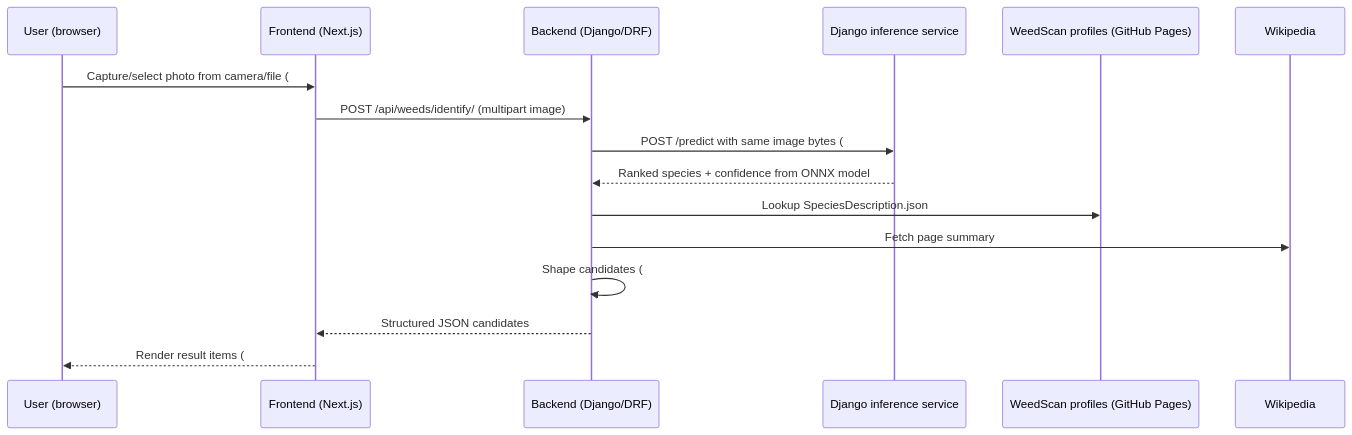
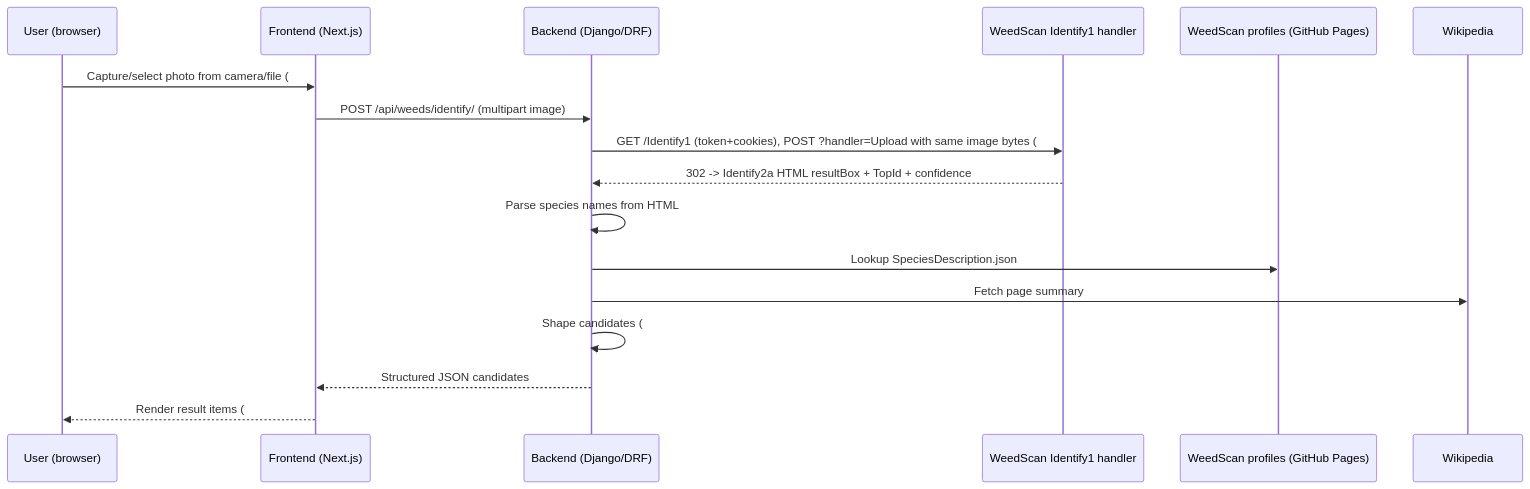
Before and after one commit to zephris/cfc_tokenmaxxing: the diagram in AGENTS.md, drawn with Mermaid. The commit also changed other lines of this file and 43 other files, not shown here.

````diff
--- a/AGENTS.md
+++ b/AGENTS.md
@@ -60,19 +54,20 @@
 ```mermaid
 sequenceDiagram
     participant U as User (browser)
     participant FE as Frontend (Next.js)
     participant BE as Backend (Django/DRF)
-    participant INF as Django inference service
+    participant WS as WeedScan Identify1 handler
     participant WP as WeedScan profiles (GitHub Pages)
     participant WK as Wikipedia
 
     U->>FE: Capture/select photo from camera/file (#8)
     FE->>BE: POST /api/weeds/identify/ (multipart image)
-    BE->>INF: POST /predict with same image bytes (#9)
-    INF-->>BE: Ranked species + confidence from ONNX model
+    BE->>WS: GET /Identify1 (token+cookies), POST ?handler=Upload with same image bytes (#9)
+    WS-->>BE: 302 -> Identify2a HTML resultBox + TopId + confidence
+    BE->>BE: Parse species names from HTML
     BE->>WP: Lookup SpeciesDescription.json
     BE->>WK: Fetch page summary
     BE->>BE: Shape candidates (#11), store WeedSighting
     BE-->>FE: Structured JSON candidates
     FE-->>U: Render result items (#11), confirm/correct menu (#10)
 ```
````
